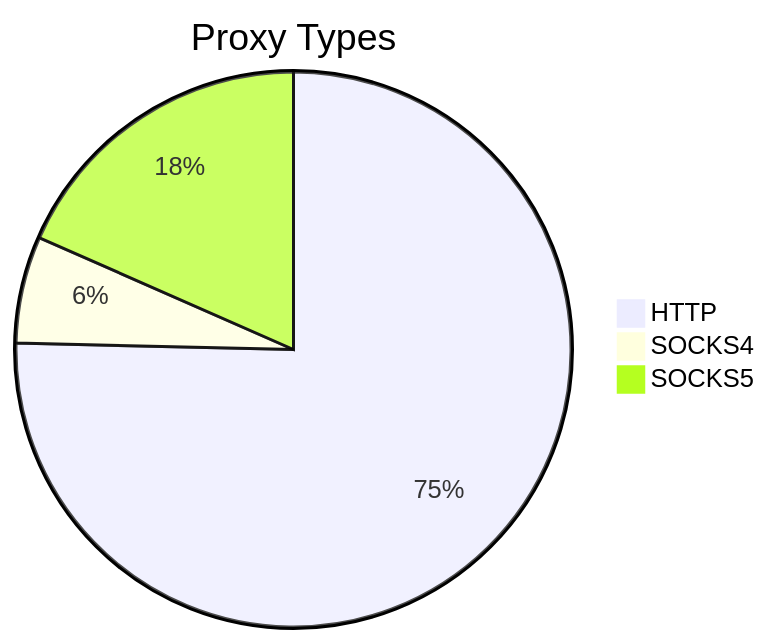
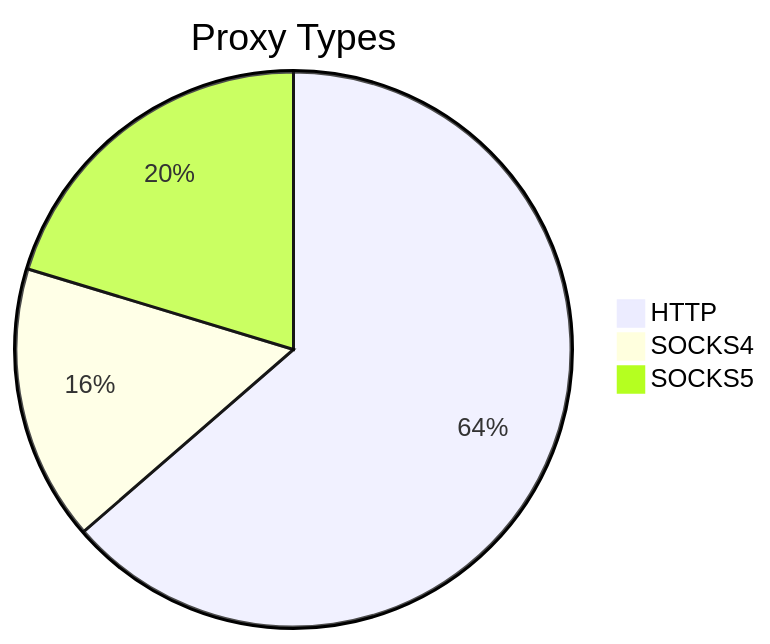
Before and after one commit to stormsia/proxy-list: the first of 2 diagrams in README.md, drawn with Mermaid. The commit also changed other lines of this file, not shown here.

````diff
--- a/README.md
+++ b/README.md
@@ -21,6 +21,6 @@
 ```mermaid
 pie title Proxy Types
-    "HTTP" : 303
-    "SOCKS4" : 25
-    "SOCKS5" : 74
+    "HTTP" : 404
+    "SOCKS4" : 102
+    "SOCKS5" : 129
 ```
````
